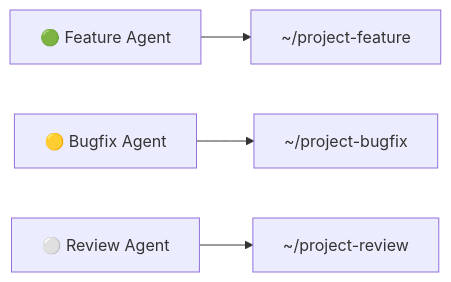
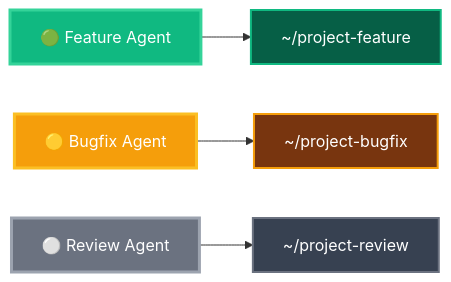
The second of 3 diagrams in slides.md (TheRoks/git-worktree), drawn with Mermaid before and after one commit. The commit also changed other lines of this file and 3 other files, not shown here.

````diff
--- a/slides.md
+++ b/slides.md
@@ -592,6 +620,13 @@
 ```mermaid {scale: 0.55, theme: 'dark'}
 graph LR
-    S1["🟢 Feature Agent"] --> W1["~/project-feature"]
-    S2["🟡 Bugfix Agent"] --> W2["~/project-bugfix"]
-    S3["⚪ Review Agent"] --> W3["~/project-review"]
+    S1["🟢 Feature Agent"]:::featureAgent --> W1["~/project-feature"]:::featureWork
+    S2["🟡 Bugfix Agent"]:::bugAgent --> W2["~/project-bugfix"]:::bugWork
+    S3["⚪ Review Agent"]:::reviewAgent --> W3["~/project-review"]:::reviewWork
+
+    classDef featureAgent fill:#10b981,stroke:#34d399,stroke-width:3px,color:#fff
+    classDef bugAgent fill:#f59e0b,stroke:#fbbf24,stroke-width:3px,color:#fff
+    classDef reviewAgent fill:#6b7280,stroke:#9ca3af,stroke-width:3px,color:#fff
+    classDef featureWork fill:#065f46,stroke:#10b981,stroke-width:2px,color:#fff
+    classDef bugWork fill:#78350f,stroke:#f59e0b,stroke-width:2px,color:#fff
+    classDef reviewWork fill:#374151,stroke:#6b7280,stroke-width:2px,color:#fff
 ```
````
